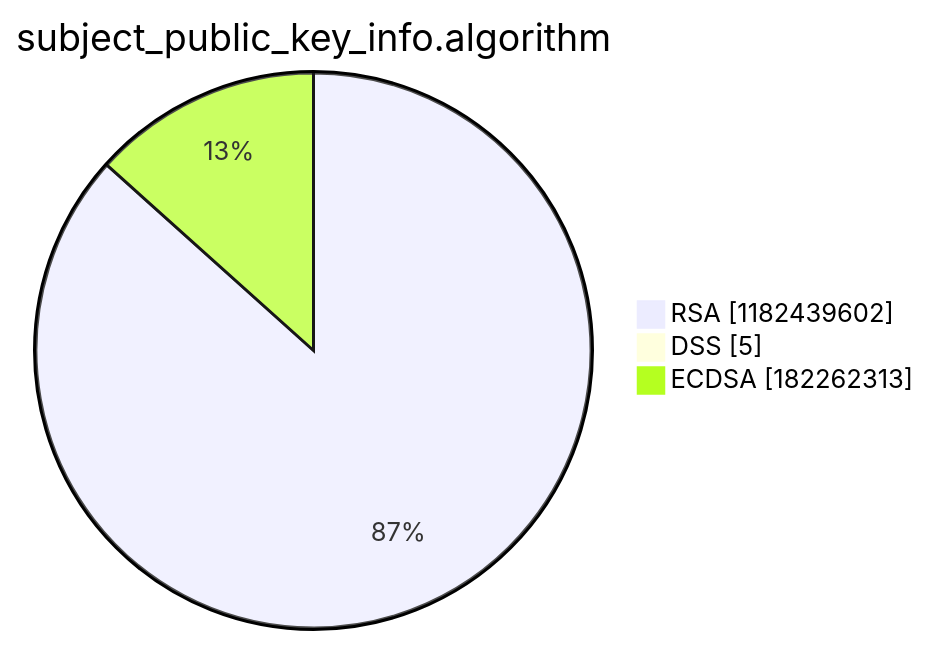
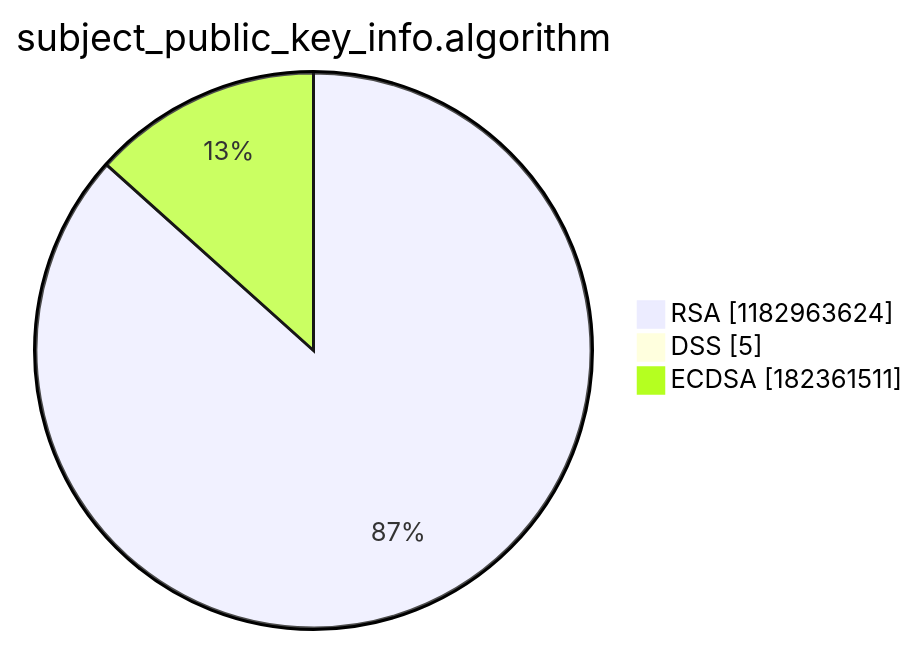
The third of 15 diagrams in argon2022/README.md (christiankrug/ctmonitor_visualization), drawn with Mermaid before and after one commit. The commit also changed other lines of this file, not shown here.

````diff
--- a/argon2022/README.md
+++ b/argon2022/README.md
@@ -14,7 +14,7 @@
 ```mermaid
 pie showData
 title subject_public_key_info.algorithm
-"RSA" :1182439602
+"RSA" :1182963624
 "DSS" :5
-"ECDSA" :182262313
+"ECDSA" :182361511
 ```
````
